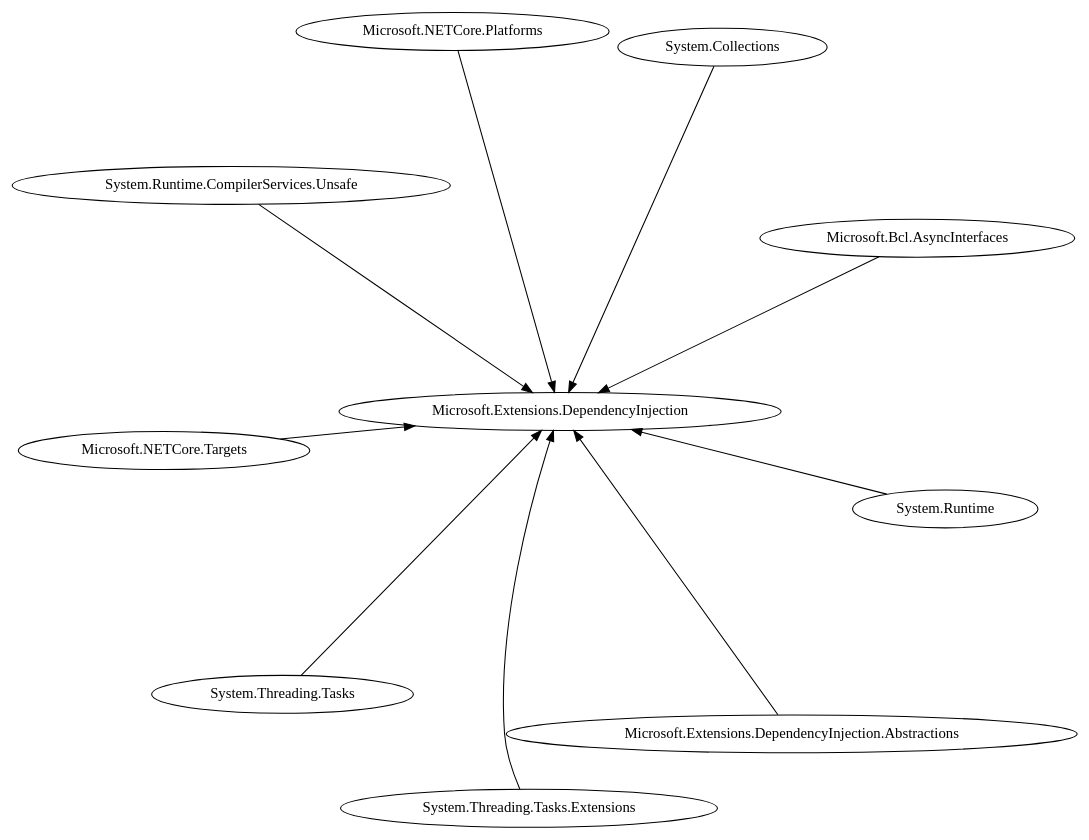
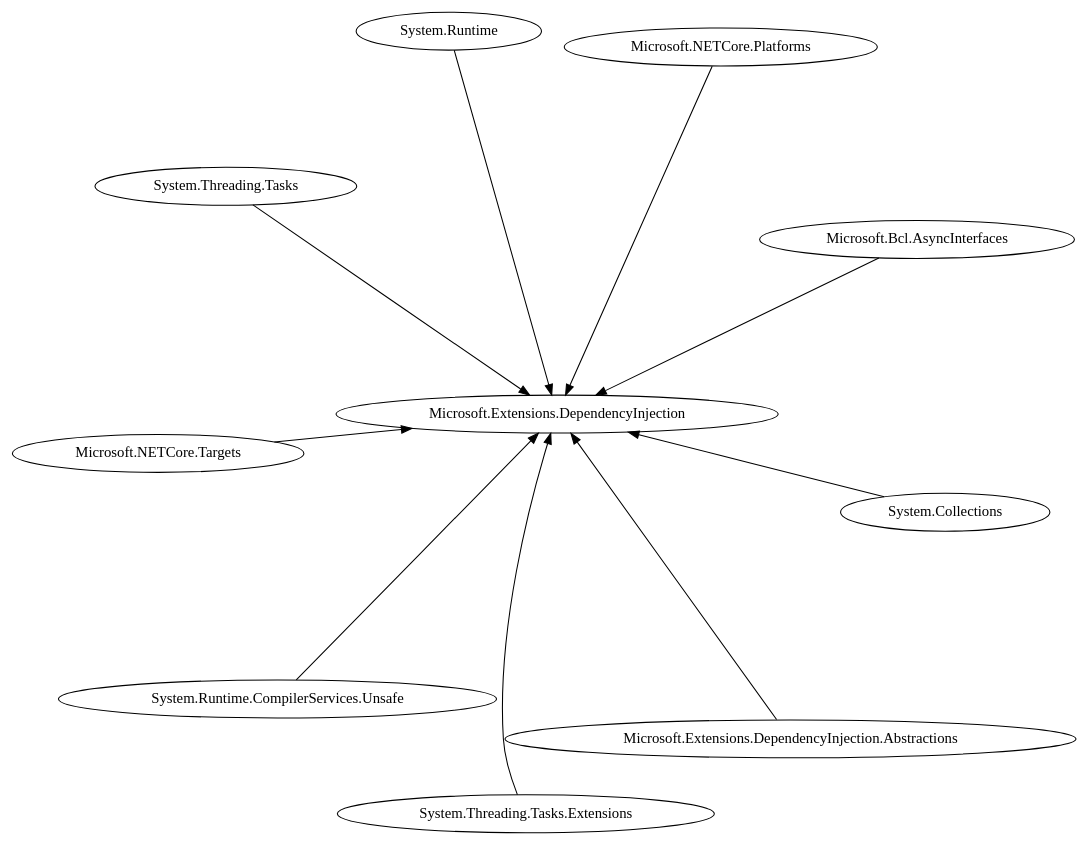
One commit to andaran/Configuration_management changed the diagram in Task_2/graph.dot. Above: the diagram before and after it, drawn with Graphviz. The commit also changed other lines of this file and 4 other files, not shown here.

```diff
--- a/Task_2/graph.dot
+++ b/Task_2/graph.dot
@@ -1,13 +1,13 @@
 digraph G {
     graph [layout=neato, overlap=false, splines=true];
     "Microsoft.Extensions.DependencyInjection"
     "Microsoft.Bcl.AsyncInterfaces" -> "Microsoft.Extensions.DependencyInjection";
     "System.Threading.Tasks.Extensions" -> "Microsoft.Extensions.DependencyInjection";
+    "System.Threading.Tasks" -> "Microsoft.Extensions.DependencyInjection";
+    "Microsoft.NETCore.Platforms" -> "Microsoft.Extensions.DependencyInjection";
+    "System.Runtime" -> "Microsoft.Extensions.DependencyInjection";
+    "Microsoft.NETCore.Targets" -> "Microsoft.Extensions.DependencyInjection";
+    "System.Collections" -> "Microsoft.Extensions.DependencyInjection";
     "System.Runtime.CompilerServices.Unsafe" -> "Microsoft.Extensions.DependencyInjection";
-    "System.Collections" -> "Microsoft.Extensions.DependencyInjection";
-    "Microsoft.NETCore.Platforms" -> "Microsoft.Extensions.DependencyInjection";
-    "Microsoft.NETCore.Targets" -> "Microsoft.Extensions.DependencyInjection";
-    "System.Runtime" -> "Microsoft.Extensions.DependencyInjection";
-    "System.Threading.Tasks" -> "Microsoft.Extensions.DependencyInjection";
     "Microsoft.Extensions.DependencyInjection.Abstractions" -> "Microsoft.Extensions.DependencyInjection";
 }
```
